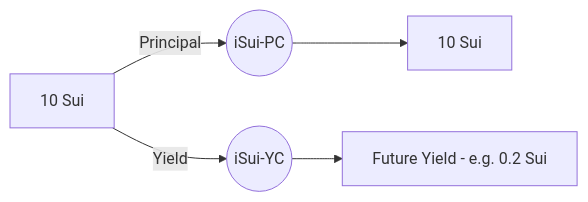
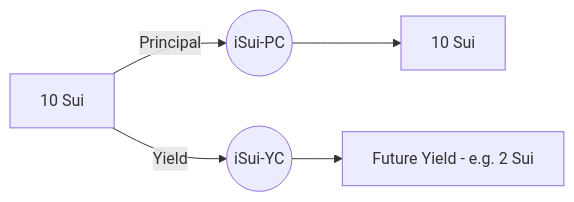
Before and after one commit to interest-protocol/interest-lst: the second of 2 diagrams in README.md, drawn with Mermaid.

````diff
--- a/README.md
+++ b/README.md
@@ -45,7 +45,7 @@
 ```mermaid
 graph LR
 A[10 Sui] -- Principal --> B((iSui-PC))
 A -- Yield --> C((iSui-YC))
 B --> D[10 Sui]
-C --> E[Future Yield - e.g. 0.2 Sui]
+C --> E[Future Yield - e.g. 2 Sui]
 ```
````
